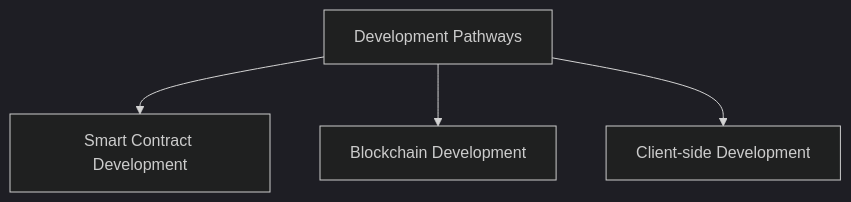
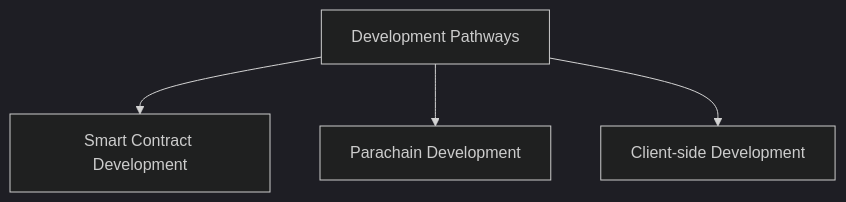
The diagram in develop/development-pathways.md (polkadot-developers/polkadot-docs), drawn with Mermaid (dark theme) before and after one commit. The commit also changed other lines of this file and 187 other files, not shown here.

````diff
--- a/develop/development-pathways.md
+++ b/develop/development-pathways.md
@@ -15,7 +15,7 @@
 ```mermaid
 graph TD
     A[Development Pathways]
     A --> B[Smart Contract Development]
-    A --> C[Blockchain Development]
+    A --> C[Parachain Development]
     A --> D[Client-side Development]
 ```
````
